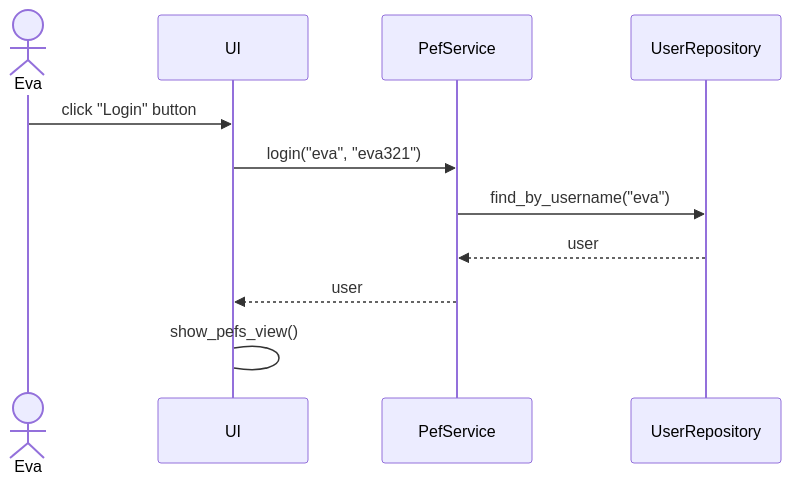
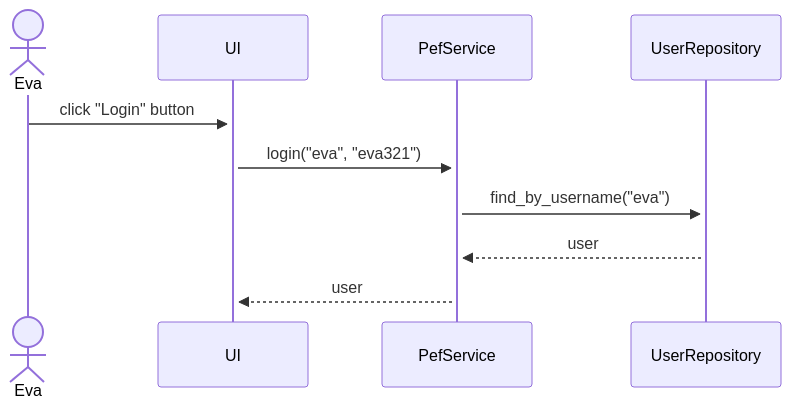
One commit to JVilo/ot-harjoitustyo changed the second of 4 diagrams in dokumentaatio/arkkitehtuuri.md. Above: the diagram before and after it, drawn with Mermaid. The commit also changed other lines of this file, not shown here.

Commit message:
little fixes to the Sequence diagrams

````diff
--- a/dokumentaatio/arkkitehtuuri.md
+++ b/dokumentaatio/arkkitehtuuri.md
@@ -90,13 +90,12 @@
 ```mermaid
 sequenceDiagram
   actor Eva
   participant UI
   participant PefService
   participant UserRepository
-  Eva->>UI: click "Login" button
-  UI->>PefService: login("eva", "eva321")
-  PefService->>UserRepository: find_by_username("eva")
+  Eva->>+UI: click "Login" button
+  UI->>+PefService: login("eva", "eva321")
+  PefService->>+UserRepository: find_by_username("eva")
   UserRepository-->>PefService: user
   PefService-->>UI: user
-  UI->UI: show_pefs_view()
 ```
````
